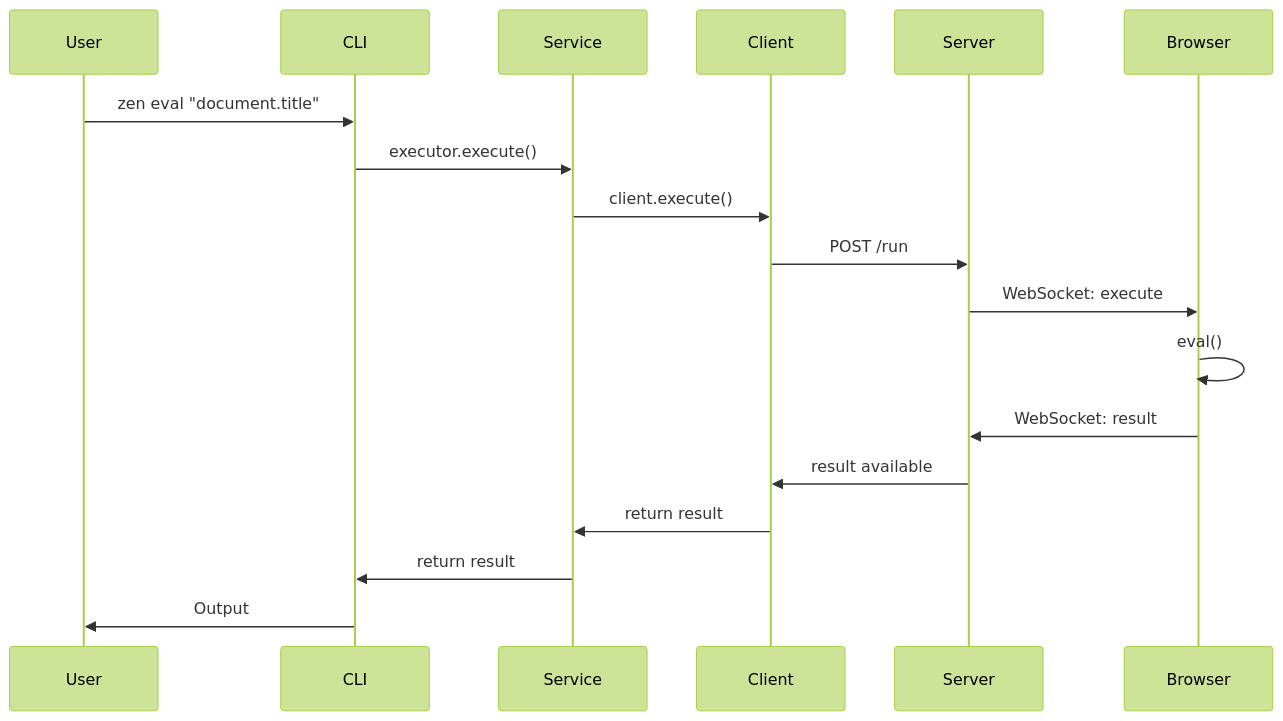
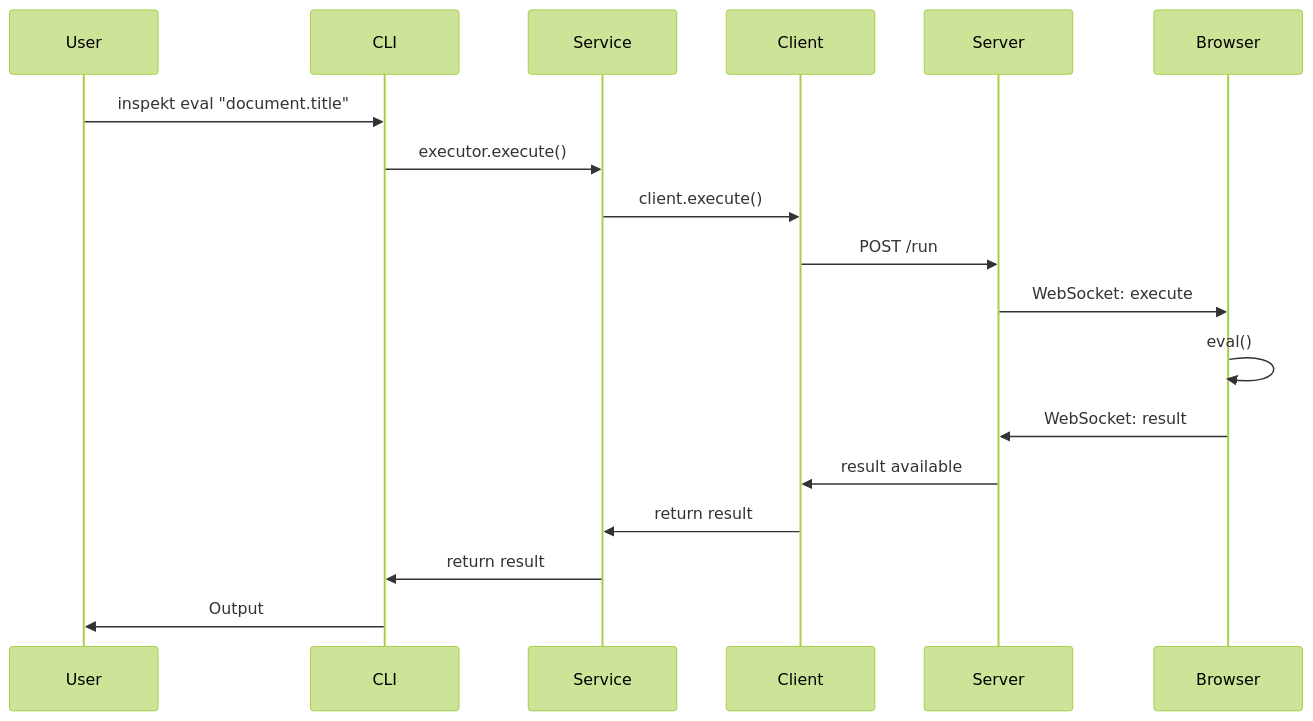
One commit to roelvangils/zen-bridge changed the fourth of 7 diagrams in docs/development/architecture.md. Above: the diagram before and after it, drawn with Mermaid (forest theme). The commit also changed other lines of this file and 99 other files, not shown here.

First line of the commit message:
feat: Rename project from Zen Bridge to Inspekt

````diff
--- a/docs/development/architecture.md
+++ b/docs/development/architecture.md
@@ -271,21 +271,21 @@
 ```mermaid
 sequenceDiagram
     participant User
     participant CLI
     participant Service
     participant Client
     participant Server
     participant Browser
 
-    User->>CLI: zen eval "document.title"
+    User->>CLI: inspekt eval "document.title"
     CLI->>Service: executor.execute()
     Service->>Client: client.execute()
     Client->>Server: POST /run
     Server->>Browser: WebSocket: execute
     Browser->>Browser: eval()
     Browser->>Server: WebSocket: result
     Server->>Client: result available
     Client->>Service: return result
     Service->>CLI: return result
     CLI->>User: Output
 ```
````
